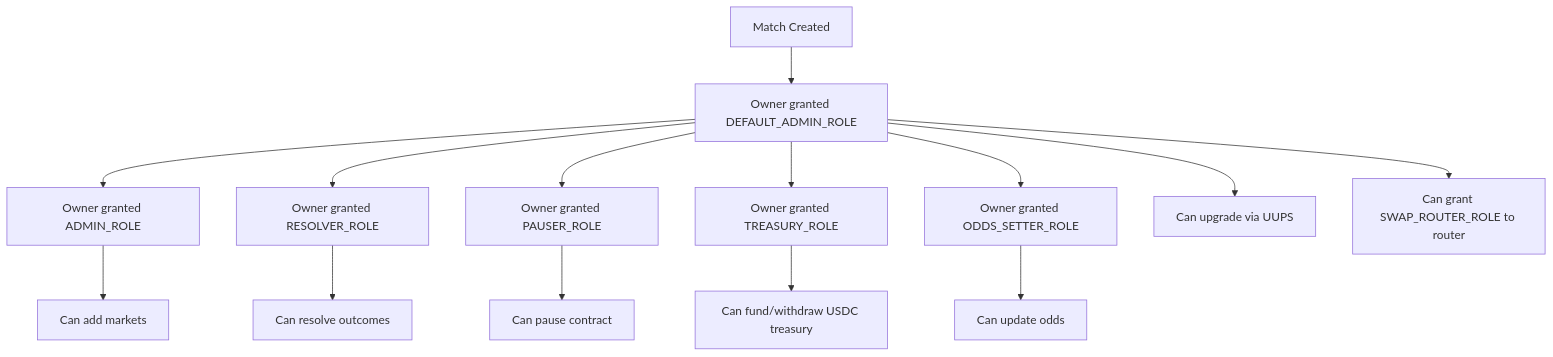
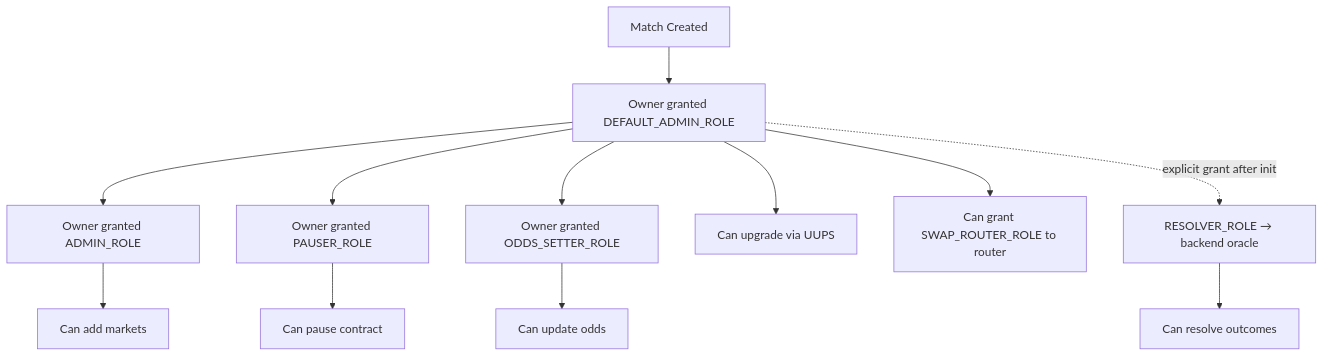
The third of 3 diagrams in ARCHITECTURE.md (ChilizTV/smart-contracts), drawn with Mermaid before and after one commit. The commit also changed other lines of this file and 27 other files, not shown here.

````diff
--- a/ARCHITECTURE.md
+++ b/ARCHITECTURE.md
@@ -358,16 +353,14 @@
 ```mermaid
 graph TD
     A[Match Created] --> B[Owner granted DEFAULT_ADMIN_ROLE]
     B --> C[Owner granted ADMIN_ROLE]
-    B --> D[Owner granted RESOLVER_ROLE]
     B --> E[Owner granted PAUSER_ROLE]
-    B --> F[Owner granted TREASURY_ROLE]
     B --> G[Owner granted ODDS_SETTER_ROLE]
     C --> H[Can add markets]
     G --> I[Can update odds]
-    D --> J[Can resolve outcomes]
     E --> K[Can pause contract]
-    F --> L[Can fund/withdraw USDC treasury]
     B --> M[Can upgrade via UUPS]
     B --> N[Can grant SWAP_ROUTER_ROLE to router]
+    B -. explicit grant after init .-> D[RESOLVER_ROLE → backend oracle]
+    D --> J[Can resolve outcomes]
 ```
````
